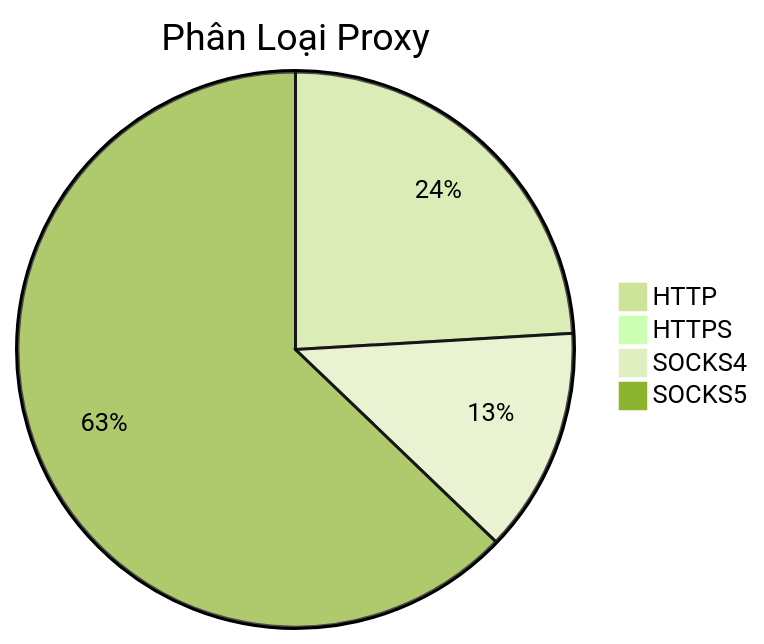
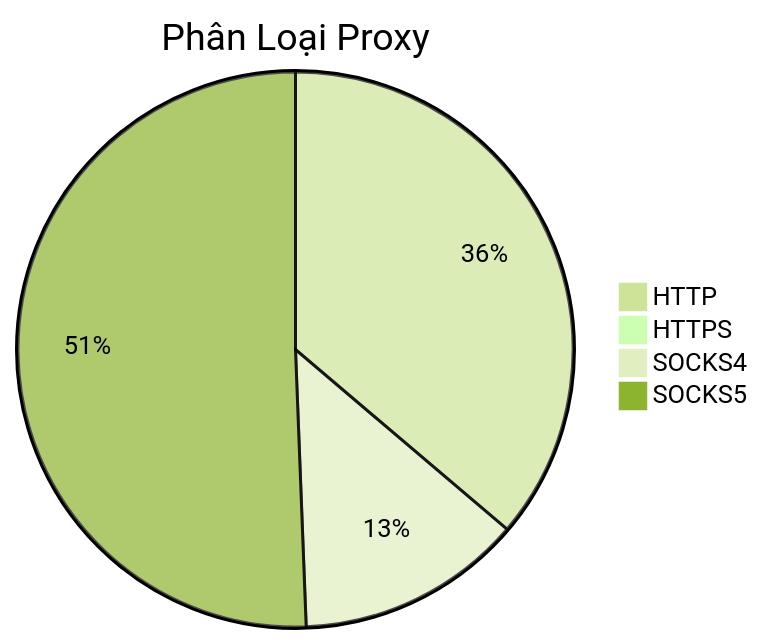
Before and after one commit to Ciara-12/PROXY-free: the diagram in README.md, drawn with Mermaid (forest theme). The commit also changed other lines of this file and 4 other files, not shown here.

````diff
--- a/README.md
+++ b/README.md
@@ -26,7 +26,7 @@
 ```mermaid
 pie title Phân Loại Proxy
-    "HTTP" : 586
-    "HTTPS" : 0
-    "SOCKS4" : 319
-    "SOCKS5" : 1530
+    "HTTP" : 1149
+    "HTTPS" : 2
+    "SOCKS4" : 418
+    "SOCKS5" : 1606
 ```
````
